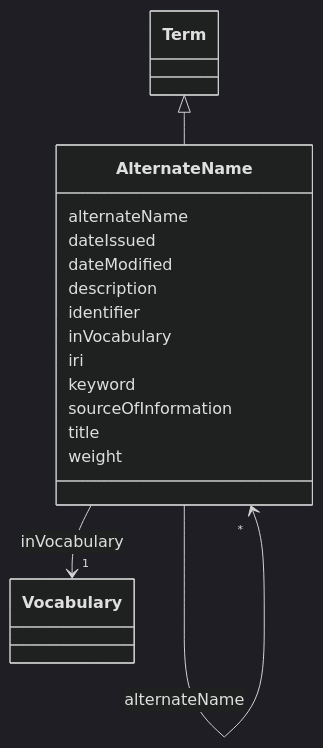
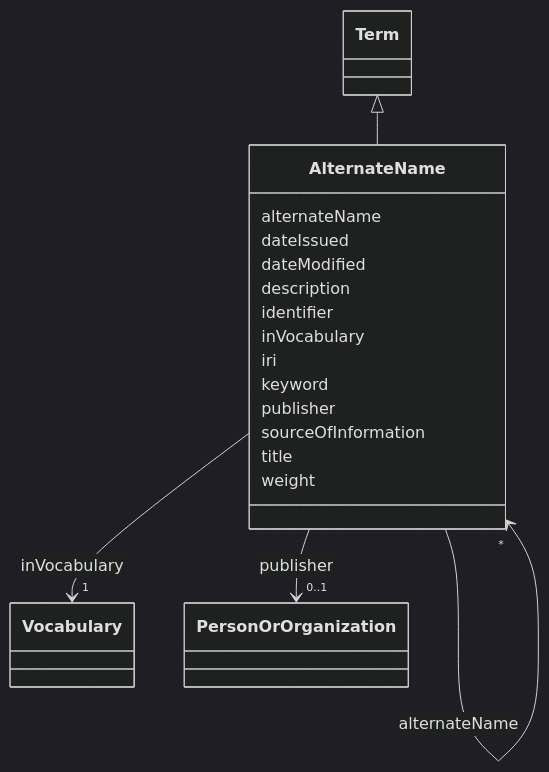
Before and after one commit to EVORA-project/evora-ontology: the diagram in models/docs/AlternateName.md, drawn with Mermaid (dark theme). The commit also changed other lines of this file and 468 other files, not shown here.

````diff
--- a/models/docs/AlternateName.md
+++ b/models/docs/AlternateName.md
@@ -19,45 +19,54 @@
 ```mermaid
  classDiagram
     class AlternateName
     click AlternateName href "../AlternateName"
       Term <|-- AlternateName
         click Term href "../Term"
       
       AlternateName : alternateName
         
           
     
     
     AlternateName --> "*" AlternateName : alternateName
     click AlternateName href "../AlternateName"
 
         
       AlternateName : dateIssued
         
       AlternateName : dateModified
         
       AlternateName : description
         
       AlternateName : identifier
         
       AlternateName : inVocabulary
         
           
     
     
     AlternateName --> "1" Vocabulary : inVocabulary
     click Vocabulary href "../Vocabulary"
 
         
       AlternateName : iri
         
       AlternateName : keyword
         
+      AlternateName : publisher
+        
+          
+    
+    
+    AlternateName --> "0..1" PersonOrOrganization : publisher
+    click PersonOrOrganization href "../PersonOrOrganization"
+
+        
       AlternateName : sourceOfInformation
         
       AlternateName : title
         
       AlternateName : weight
         
       
 ```
````
